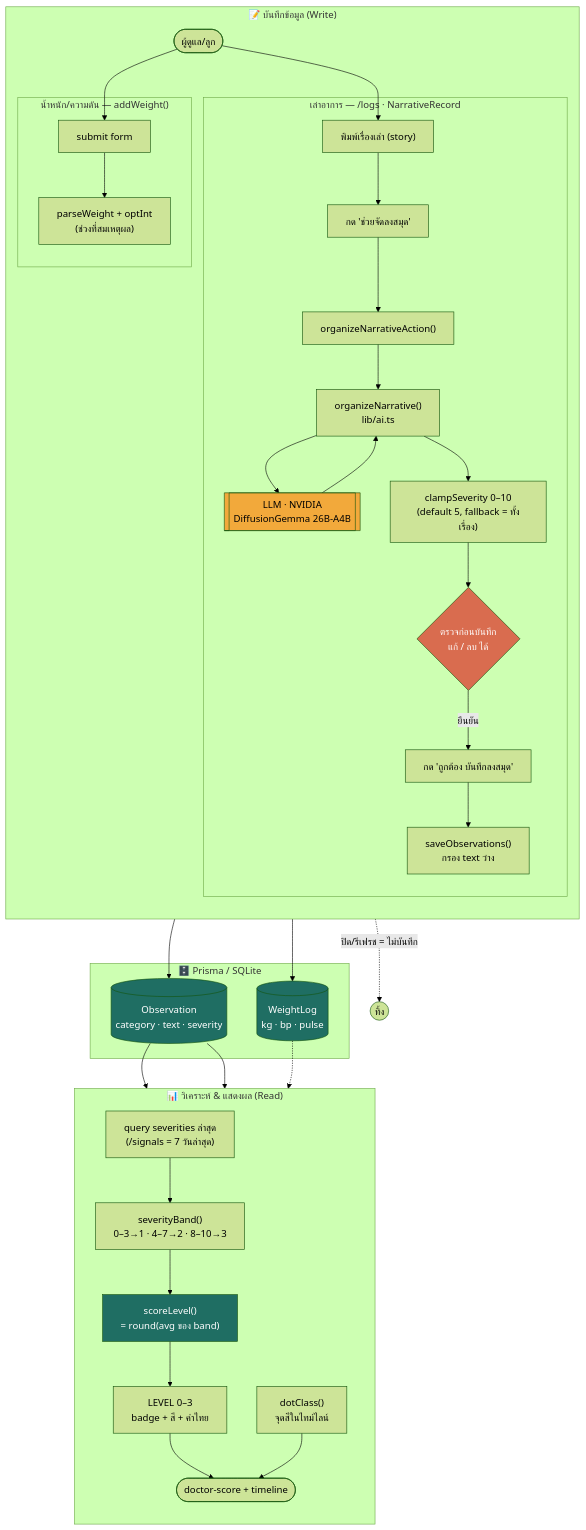
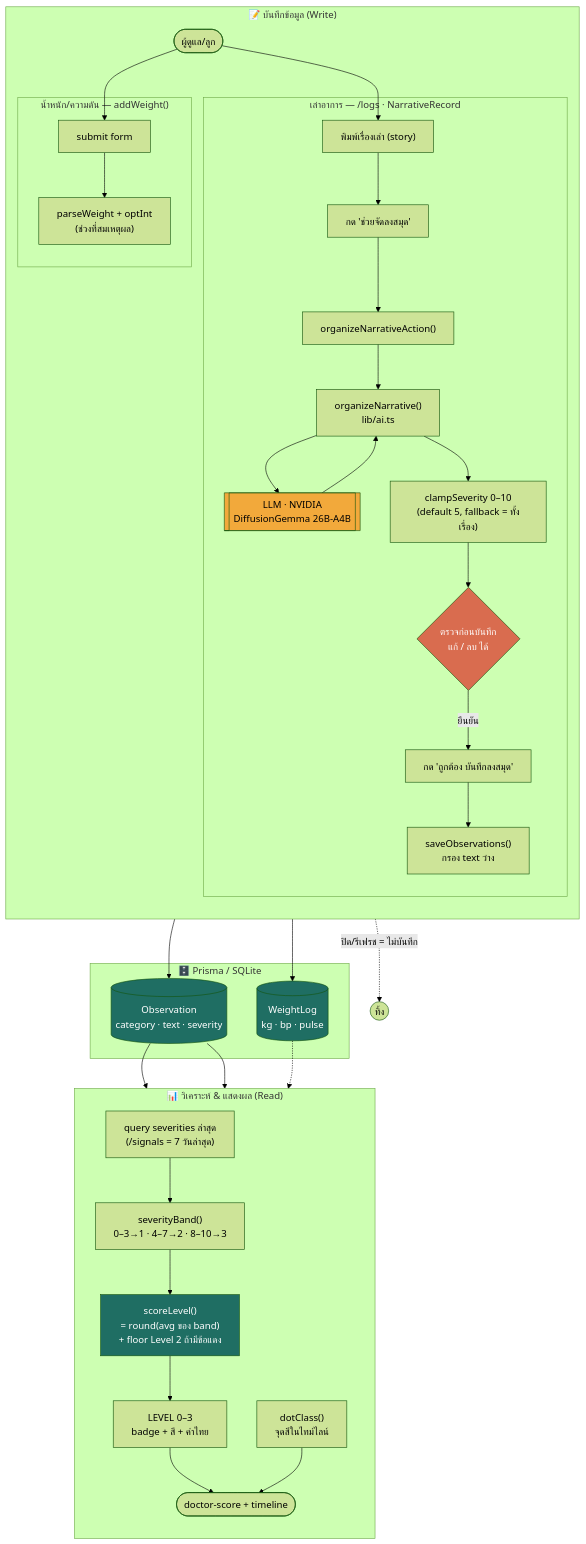
Before and after one commit to nicetsu/MorNumThang: the diagram in docs/record-system-flow.md, drawn with Mermaid (forest theme). The commit also changed other lines of this file and 3 other files, not shown here.

First line of the commit message:
feat: floor doctor-score to Level 2 when any recent item is red

````diff
--- a/docs/record-system-flow.md
+++ b/docs/record-system-flow.md
@@ -5,55 +5,55 @@
 ```mermaid
 flowchart TD
     subgraph WRITE["📝 บันทึกข้อมูล (Write)"]
         direction TB
         U([ผู้ดูแล/ลูก])
 
         subgraph NARR["เล่าอาการ — /logs · NarrativeRecord"]
             S1["พิมพ์เรื่องเล่า (story)"]
             B1["กด 'ช่วยจัดลงสมุด'"]
             ACT1["organizeNarrativeAction()"]
             AI["organizeNarrative()<br/>lib/ai.ts"]
             LLM[["LLM · NVIDIA<br/>DiffusionGemma 26B-A4B"]]
             CLAMP["clampSeverity 0–10<br/>(default 5, fallback = ทั้งเรื่อง)"]
             REVIEW{"ตรวจก่อนบันทึก<br/>แก้ / ลบ ได้"}
             B2["กด 'ถูกต้อง บันทึกลงสมุด'"]
             SAVE["saveObservations()<br/>กรอง text ว่าง"]
         end
 
         subgraph WT["น้ำหนัก/ความดัน — addWeight()"]
             W1["submit form"]
             WP["parseWeight + optInt<br/>(ช่วงที่สมเหตุผล)"]
         end
     end
 
     subgraph DB["🗄️ Prisma / SQLite"]
         OBS[("Observation<br/>category · text · severity")]
         WLOG[("WeightLog<br/>kg · bp · pulse")]
     end
 
     subgraph READ["📊 วิเคราะห์ & แสดงผล (Read)"]
         direction TB
         Q["query severities ล่าสุด<br/>(/signals = 7 วันล่าสุด)"]
         BAND["severityBand()<br/>0–3→1 · 4–7→2 · 8–10→3"]
-        SCORE["scoreLevel()<br/>= round(avg ของ band)"]
+        SCORE["scoreLevel()<br/>= round(avg ของ band)<br/>+ floor Level 2 ถ้ามีข้อแดง"]
         LVL["LEVEL 0–3<br/>badge + สี + คำไทย"]
         DOT["dotClass()<br/>จุดสีในไทม์ไลน์"]
         UI([doctor-score + timeline])
     end
 
     U --> S1 --> B1 --> ACT1 --> AI --> LLM --> AI --> CLAMP --> REVIEW
     REVIEW -->|ยืนยัน| B2 --> SAVE --> OBS
     REVIEW -.->|ปิด/รีเฟรช = ไม่บันทึก| X((ทิ้ง))
 
     U --> W1 --> WP --> WLOG
 
     OBS --> Q --> BAND --> SCORE --> LVL --> UI
     OBS --> DOT --> UI
     WLOG -.-> UI
 
     style LLM fill:#F2A93B,color:#000
     style REVIEW fill:#D96C4F,color:#fff
     style OBS fill:#1F6E63,color:#fff
     style WLOG fill:#1F6E63,color:#fff
     style SCORE fill:#1F6E63,color:#fff
 ```
````
